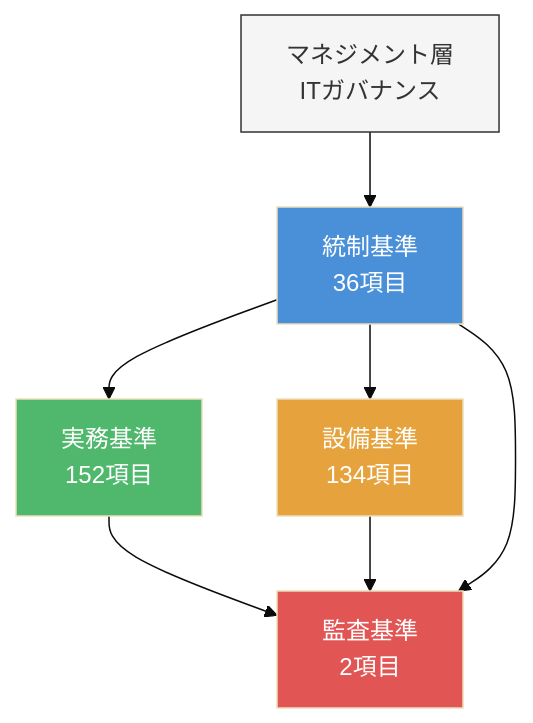
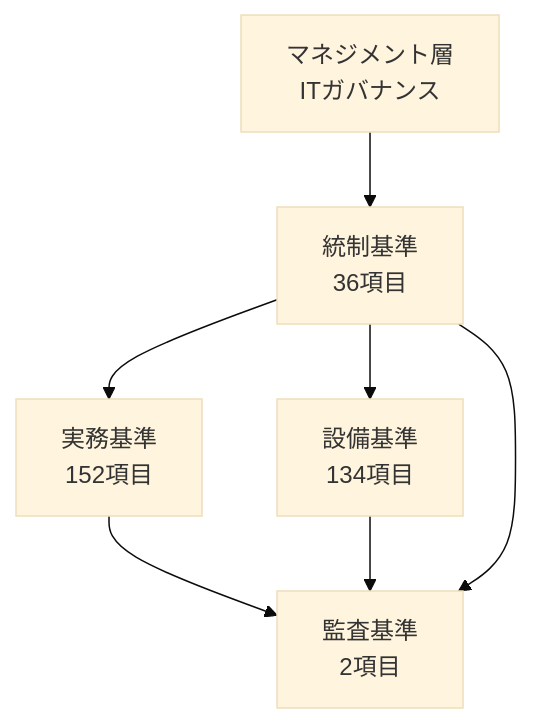
The first of 4 diagrams in _posts/2026-04-03-fisc-structure-guide.md (ktrysmt/ktrysmt.github.io), drawn with Mermaid (base theme) before and after one commit. The commit also changed other lines of this file and 3 other files, not shown here.

````diff
--- a/_posts/2026-04-03-fisc-structure-guide.md
+++ b/_posts/2026-04-03-fisc-structure-guide.md
@@ -31,15 +31,9 @@
 ```mermaid
 graph TD
     A["マネジメント層<br>ITガバナンス"] --> B["統制基準<br>36項目"]
     B --> C["実務基準<br>152項目"]
     B --> D["設備基準<br>134項目"]
     C --> E["監査基準<br>2項目"]
     D --> E
     B --> E
-
-    style A fill:#f5f5f5,stroke:#333
-    style B fill:#4a90d9,color:#fff
-    style C fill:#50b86c,color:#fff
-    style D fill:#e6a23c,color:#fff
-    style E fill:#e25555,color:#fff
 ```
````
